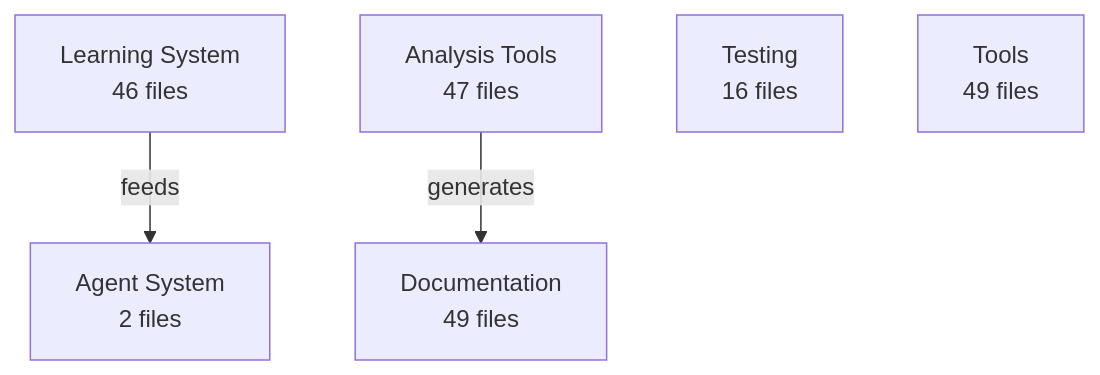
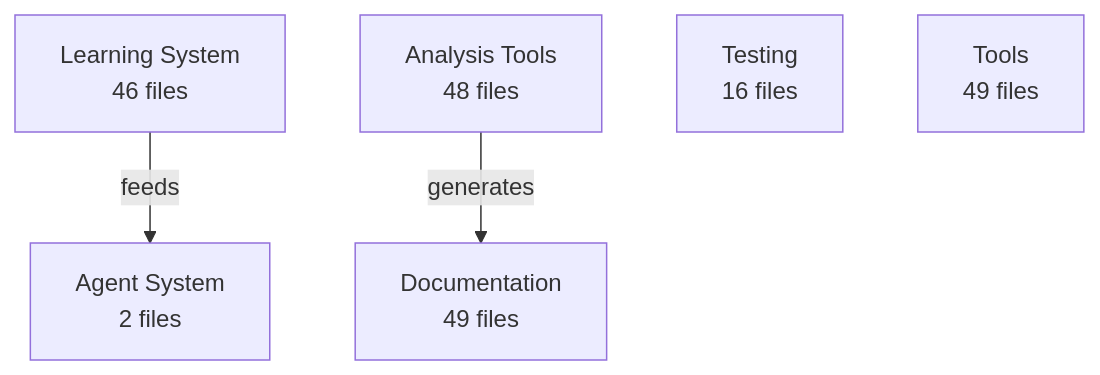
One commit to enufacas/Chained changed the diagram in analysis/architecture/architecture.mmd. Above: the diagram before and after it, drawn with Mermaid. The commit also changed 6 other files, not shown here.

First line of the commit message:
🏗️ Update architecture evolution tracking

```diff
--- a/analysis/architecture/architecture.mmd
+++ b/analysis/architecture/architecture.mmd
@@ -1,9 +1,9 @@
 graph TD
     learning_system[Learning System<br/>46 files]
     agent_system[Agent System<br/>2 files]
-    analysis_tools[Analysis Tools<br/>47 files]
+    analysis_tools[Analysis Tools<br/>48 files]
     documentation[Documentation<br/>49 files]
     testing[Testing<br/>16 files]
     tools[Tools<br/>49 files]
     learning_system -->|feeds| agent_system
     analysis_tools -->|generates| documentation
```
